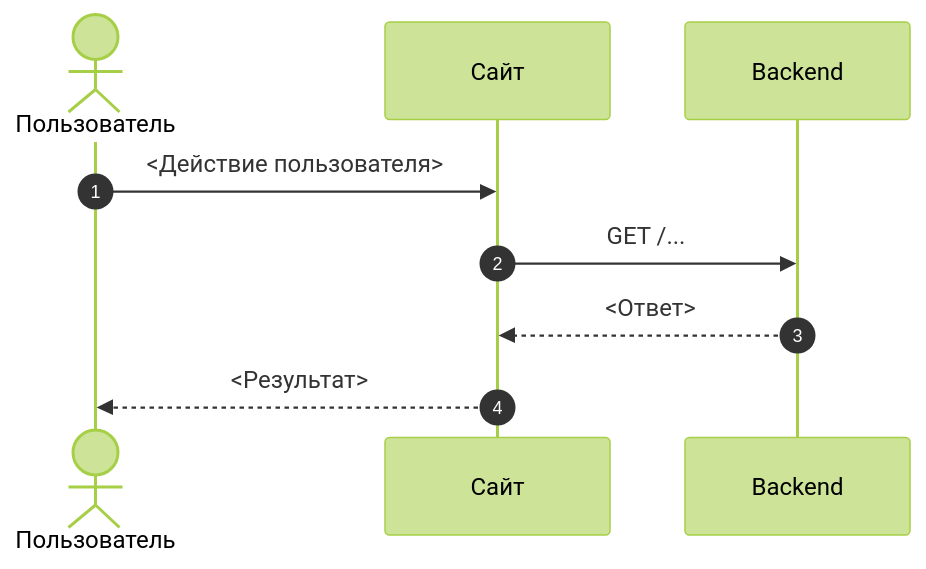
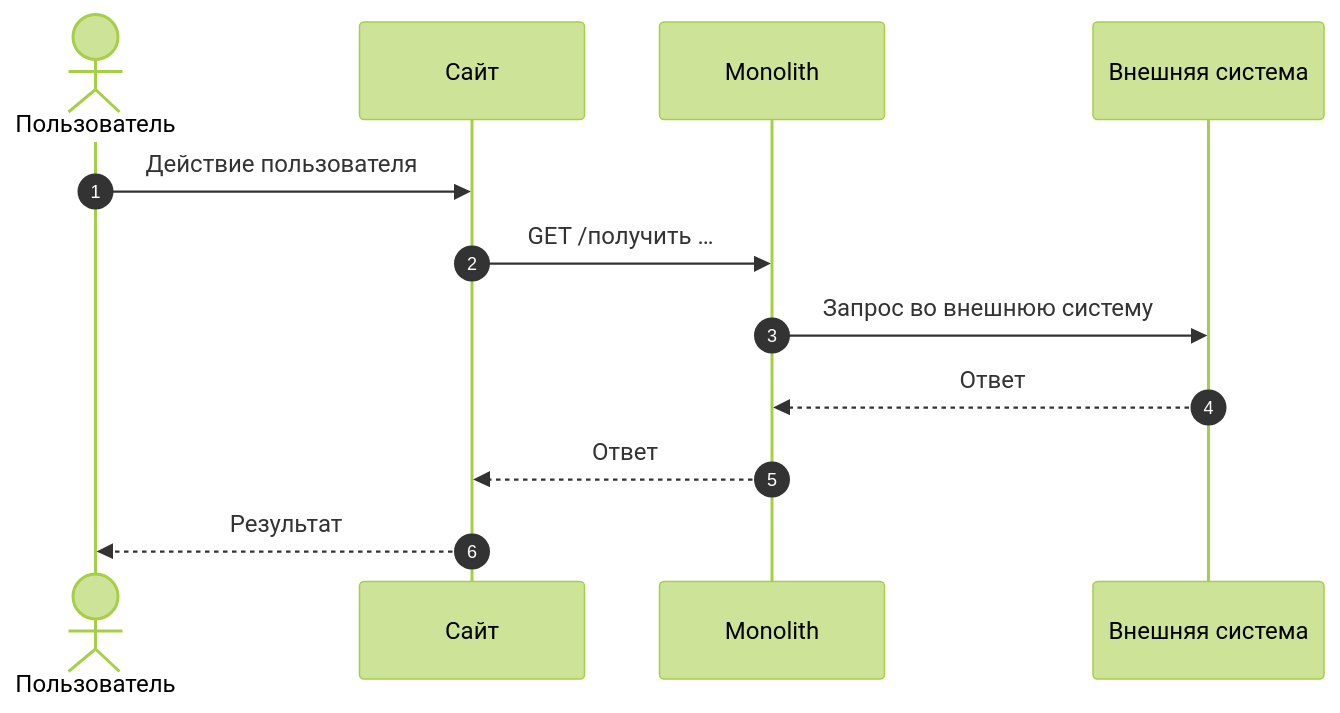
Before and after one commit to Terinss155/opencode-agents-analysis: the second of 2 diagrams in skill/srs/template.md, drawn with Mermaid (forest theme). The commit also changed other lines of this file and 50 other files, not shown here.

````diff
--- a/skill/srs/template.md
+++ b/skill/srs/template.md
@@ -136,13 +79,15 @@
 ```mermaid
 sequenceDiagram
     autonumber
-
     actor U as Пользователь
     participant WEB as Сайт
-    participant BE as Backend
+    participant MON as Monolith
+    participant EXT as Внешняя система
 
-    U->>WEB: <Действие пользователя>
-    WEB->>BE: GET /...
-    BE-->>WEB: <Ответ>
-    WEB-->>U: <Результат>
+    U->>WEB: Действие пользователя
+    WEB->>MON: GET /получить …
+    MON->>EXT: Запрос во внешнюю систему
+    EXT-->>MON: Ответ
+    MON-->>WEB: Ответ
+    WEB-->>U: Результат
 ```
````
